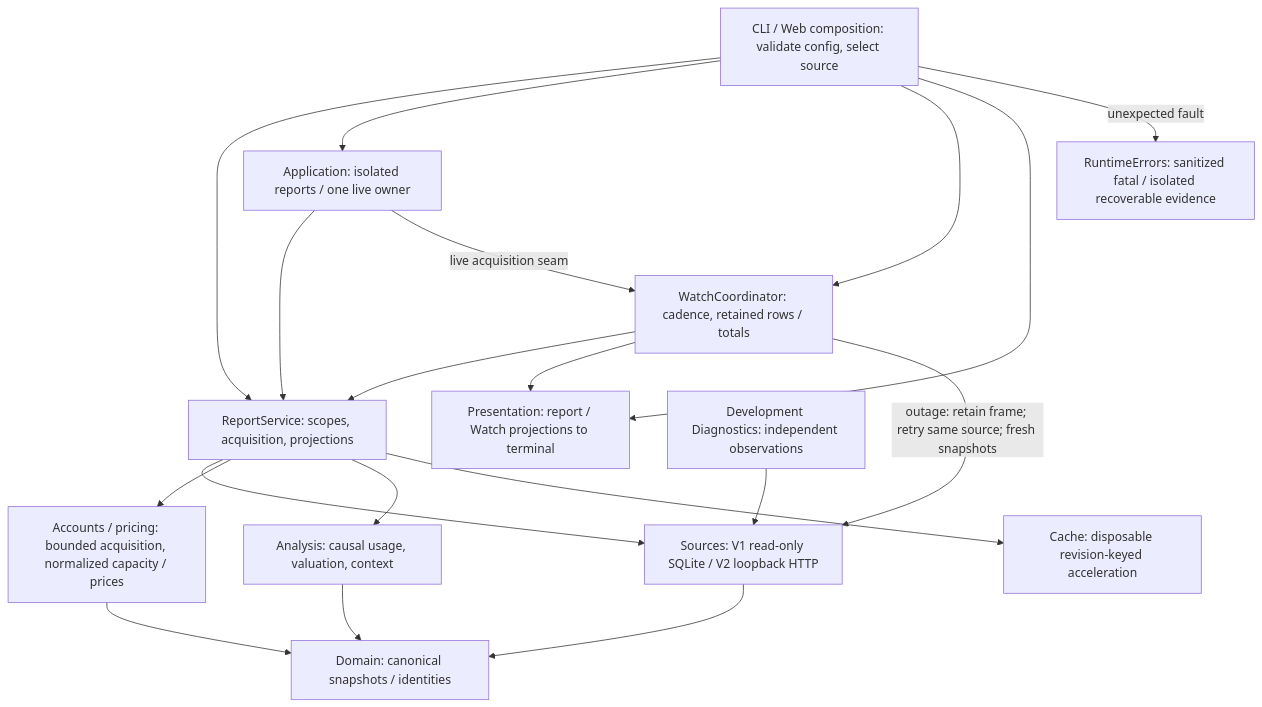
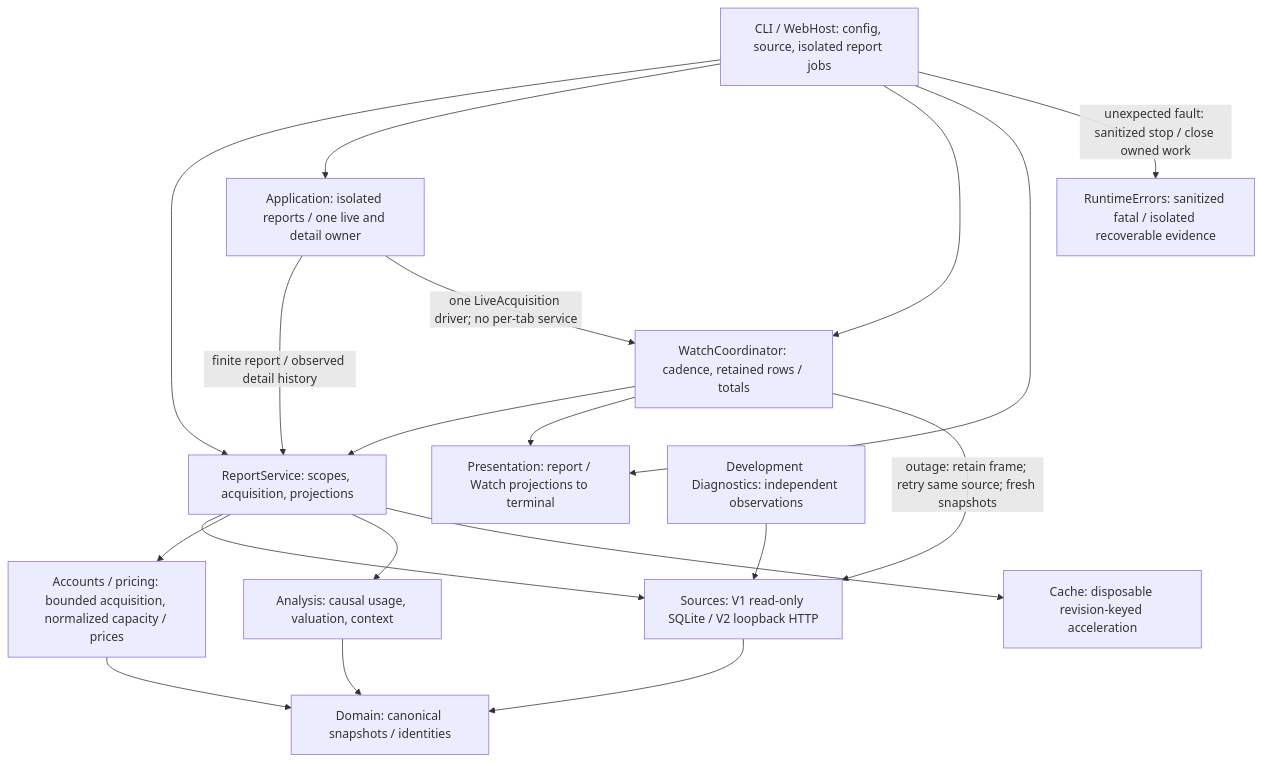
Before and after one commit to qstoffe/cost-guard: the first of 2 diagrams in development/architecture/OVERVIEW.md, drawn with Mermaid. The commit also changed other lines of this file and 3 other files, not shown here.

Commit message:
docs: audit architecture at maintenance milestone 20 (#70)

````diff
--- a/development/architecture/OVERVIEW.md
+++ b/development/architecture/OVERVIEW.md
@@ -18,21 +18,21 @@
 ```mermaid
 flowchart TD
-    entry["CLI / Web composition: validate config, select source"] --> reports["ReportService: scopes, acquisition, projections"]
-    entry --> application["Application: isolated reports / one live owner"]
-    application --> reports
+    entry["CLI / WebHost: config, source, isolated report jobs"] --> reports["ReportService: scopes, acquisition, projections"]
+    entry --> application["Application: isolated reports / one live and detail owner"]
+    application -->|"finite report / observed detail history"| reports
     entry --> watch["WatchCoordinator: cadence, retained rows / totals"]
-    application -->|"live acquisition seam"| watch
+    application -->|"one LiveAcquisition driver; no per-tab service"| watch
     watch --> reports
     reports --> sources["Sources: V1 read-only SQLite / V2 loopback HTTP"]
     reports --> providers["Accounts / pricing: bounded acquisition, normalized capacity / prices"]
     sources --> domain["Domain: canonical snapshots / identities"]
     providers --> domain
     reports --> analysis["Analysis: causal usage, valuation, context"]
     analysis --> domain
     reports --> cache["Cache: disposable revision-keyed acceleration"]
     entry --> presentation["Presentation: report / Watch projections to terminal"]
     watch --> presentation
     watch -->|"outage: retain frame; retry same source; fresh snapshots"| sources
-    entry -->|"unexpected fault"| faults["RuntimeErrors: sanitized fatal / isolated recoverable evidence"]
+    entry -->|"unexpected fault: sanitized stop / close owned work"| faults["RuntimeErrors: sanitized fatal / isolated recoverable evidence"]
     diagnostics["Development Diagnostics: independent observations"] --> sources
 ```
````
